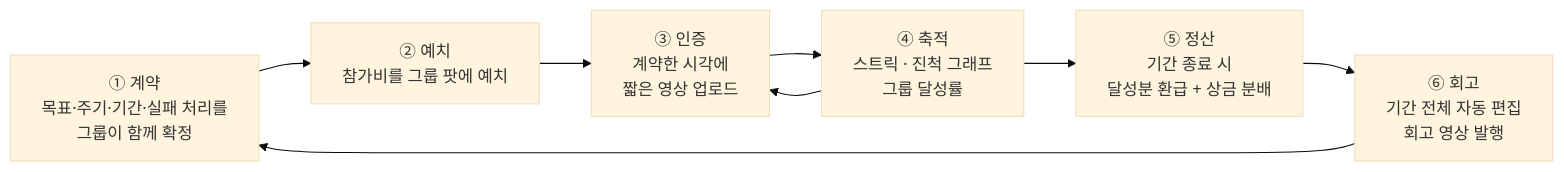
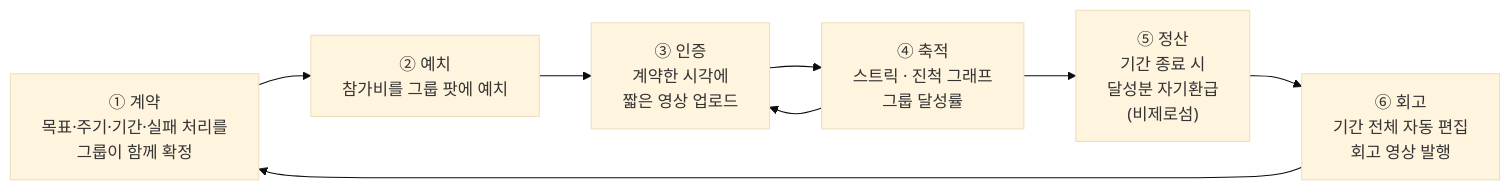
Before and after one commit to new-rim/business-research-practice-2026-sesac: the first of 7 diagrams in 04-tam-sam-som/시장분석 종합보고서 (TAM-SAM-SOM).md, drawn with Mermaid (base theme). The commit also changed other lines of this file and 2 other files, not shown here.

First line of the commit message:
docs(04): 제로섬 정산 구조 제거 — 최종 확정안(비제로섬)과 정합화

````diff
--- a/04-tam-sam-som/시장분석 종합보고서 (TAM-SAM-SOM).md
+++ b/04-tam-sam-som/시장분석 종합보고서 (TAM-SAM-SOM).md
@@ -42,10 +43,10 @@
 ```mermaid
 graph LR
   A["① 계약<br/>목표·주기·기간·실패 처리를<br/>그룹이 함께 확정"] --> B["② 예치<br/>참가비를 그룹 팟에 예치"]
   B --> C["③ 인증<br/>계약한 시각에<br/>짧은 영상 업로드"]
   C --> D["④ 축적<br/>스트릭 · 진척 그래프<br/>그룹 달성률"]
   D --> C
-  D --> E["⑤ 정산<br/>기간 종료 시<br/>달성분 환급 + 상금 분배"]
+  D --> E["⑤ 정산<br/>기간 종료 시<br/>달성분 자기환급<br/>(비제로섬)"]
   E --> F["⑥ 회고<br/>기간 전체 자동 편집<br/>회고 영상 발행"]
   F --> A
 ```
````
